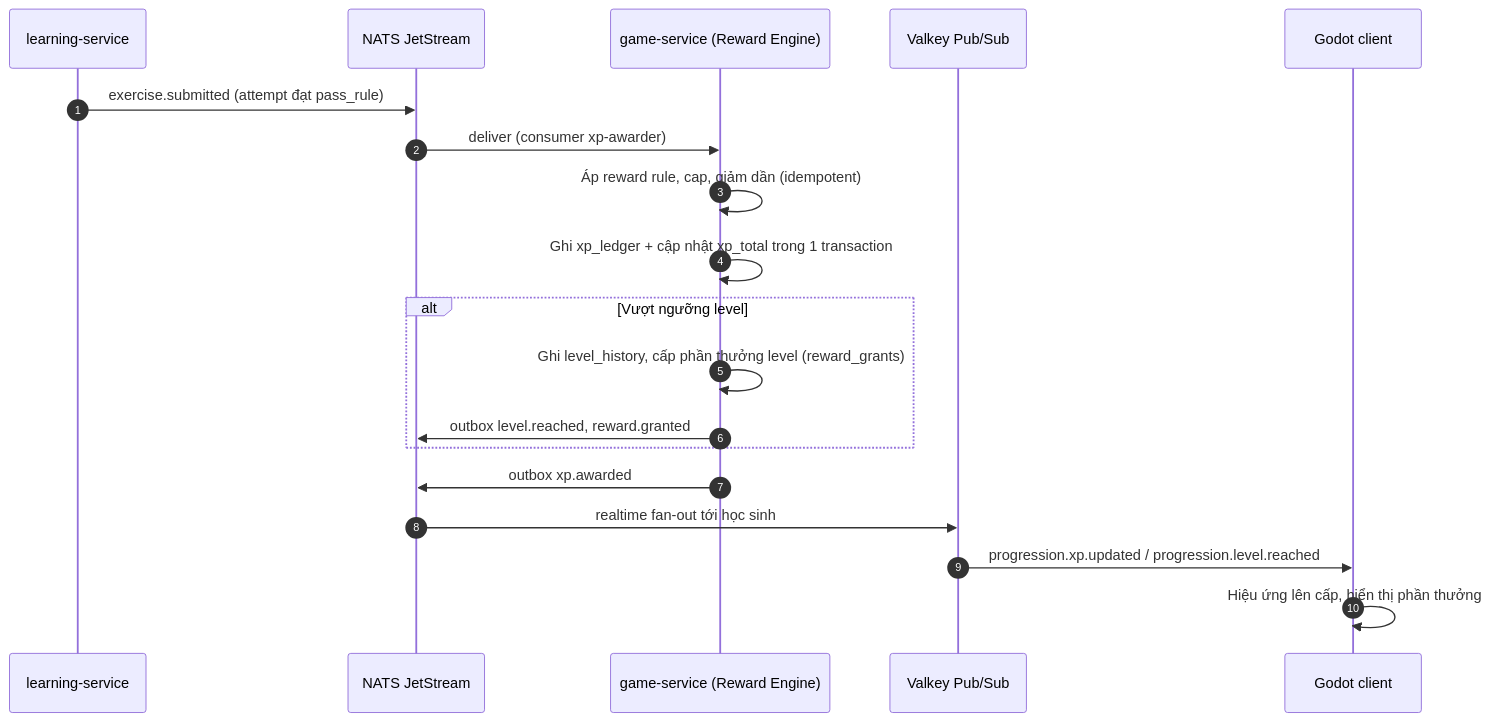
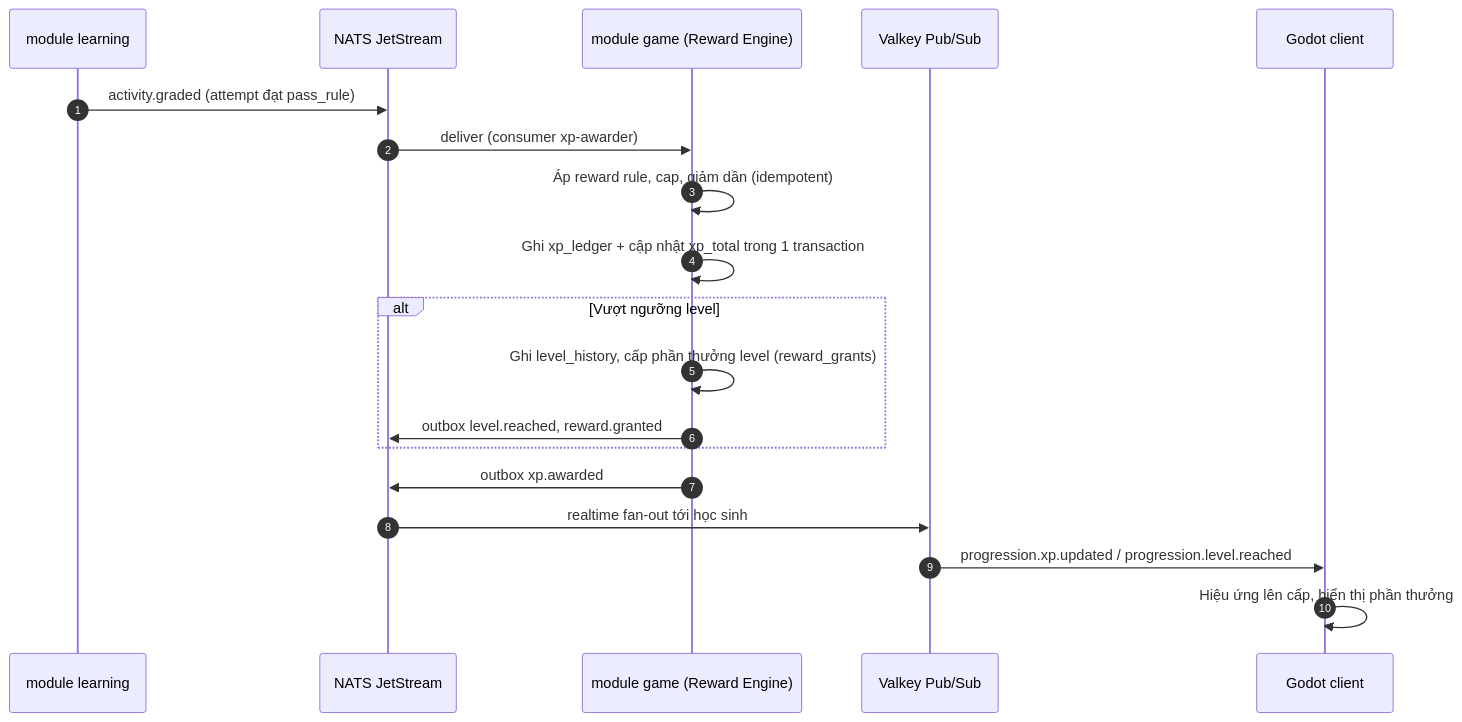
Before and after one commit to tanguyen2020/eduworld-platform: the diagram in docs/01-game-design/PROGRESSION_SYSTEM.md, drawn with Mermaid. The commit also changed other lines of this file and 922 other files, not shown here.

````diff
--- a/docs/01-game-design/PROGRESSION_SYSTEM.md
+++ b/docs/01-game-design/PROGRESSION_SYSTEM.md
@@ -135,21 +136,21 @@
 ```mermaid
 sequenceDiagram
   autonumber
-  participant L as learning-service
+  participant L as module learning
   participant N as NATS JetStream
-  participant G as game-service (Reward Engine)
+  participant G as module game (Reward Engine)
   participant V as Valkey Pub/Sub
   participant C as Godot client
-  L->>N: exercise.submitted (attempt đạt pass_rule)
+  L->>N: activity.graded (attempt đạt pass_rule)
   N->>G: deliver (consumer xp-awarder)
   G->>G: Áp reward rule, cap, giảm dần (idempotent)
   G->>G: Ghi xp_ledger + cập nhật xp_total trong 1 transaction
   alt Vượt ngưỡng level
     G->>G: Ghi level_history, cấp phần thưởng level (reward_grants)
     G->>N: outbox level.reached, reward.granted
   end
   G->>N: outbox xp.awarded
   N->>V: realtime fan-out tới học sinh
   V->>C: progression.xp.updated / progression.level.reached
   C->>C: Hiệu ứng lên cấp, hiển thị phần thưởng
 ```
````
